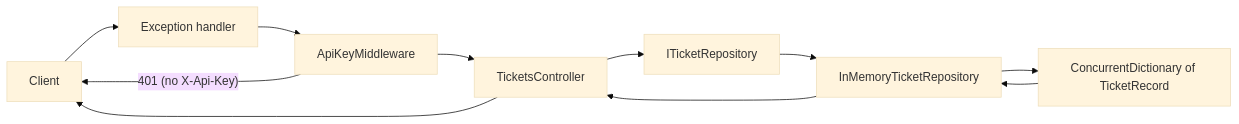
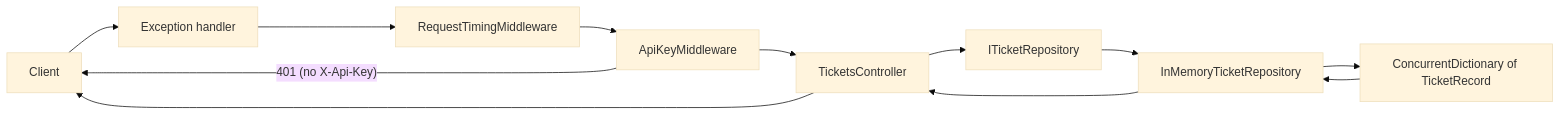
One commit to sanbrasp/advancedbackendprogramming changed the diagram in HelpDesk.Api/README.md. Above: the diagram before and after it, drawn with Mermaid (base theme). The commit also changed other lines of this file, not shown here.

````diff
--- a/HelpDesk.Api/README.md
+++ b/HelpDesk.Api/README.md
@@ -76,13 +78,14 @@
 ```mermaid
 flowchart LR
   C[Client] --> E[Exception handler]
-  E --> K[ApiKeyMiddleware]
+  E --> R[RequestTimingMiddleware]
+  R --> K[ApiKeyMiddleware]
   K -- "401 (no X-Api-Key)" --> C
   K --> T[TicketsController]
   T --> I[ITicketRepository]
   I --> M[InMemoryTicketRepository]
   M --> D[ConcurrentDictionary of TicketRecord]
   D --> M
   M --> T
   T --> C
 ```
````
